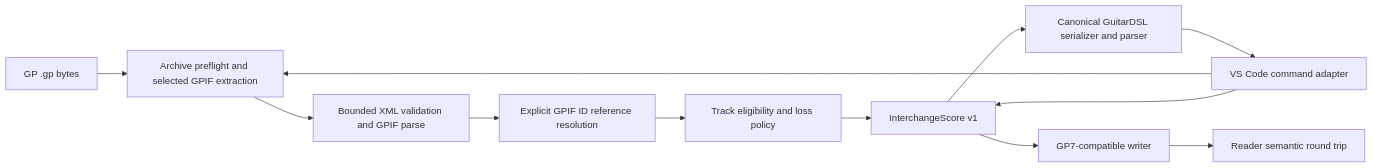
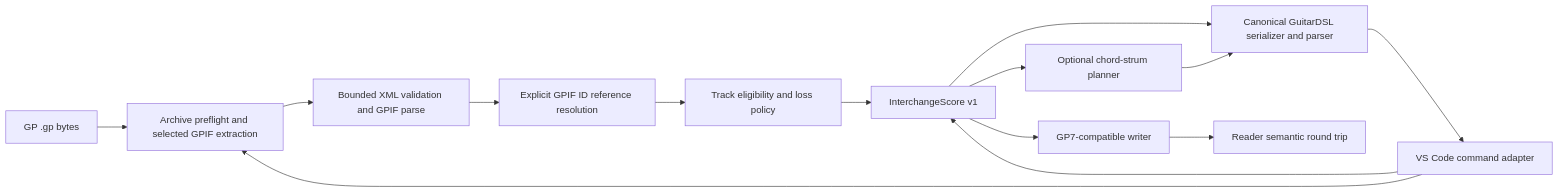
Before and after one commit to puchinya/vscode-guitar-dsl: the diagram in docs/design/gp78-interchange.md, drawn with Mermaid. The commit also changed other lines of this file and 15 other files, not shown here.

First line of the commit message:
feat(gp78): optimize chord strum imports

````diff
--- a/docs/design/gp78-interchange.md
+++ b/docs/design/gp78-interchange.md
@@ -32,14 +34,16 @@
 ```mermaid
 flowchart LR
   ZIP[GP .gp bytes] --> ARCH[Archive preflight and selected GPIF extraction]
   ARCH --> XML[Bounded XML validation and GPIF parse]
   XML --> REF[Explicit GPIF ID reference resolution]
   REF --> TRACK[Track eligibility and loss policy]
   TRACK --> IR[InterchangeScore v1]
   IR --> DSL[Canonical GuitarDSL serializer and parser]
+  IR --> PLAN[Optional chord-strum planner]
+  PLAN --> DSL
   IR --> WRITE[GP7-compatible writer]
   WRITE --> SELF[Reader semantic round trip]
   UI[VS Code command adapter] --> ARCH
   UI --> IR
   DSL --> UI
 ```
````
